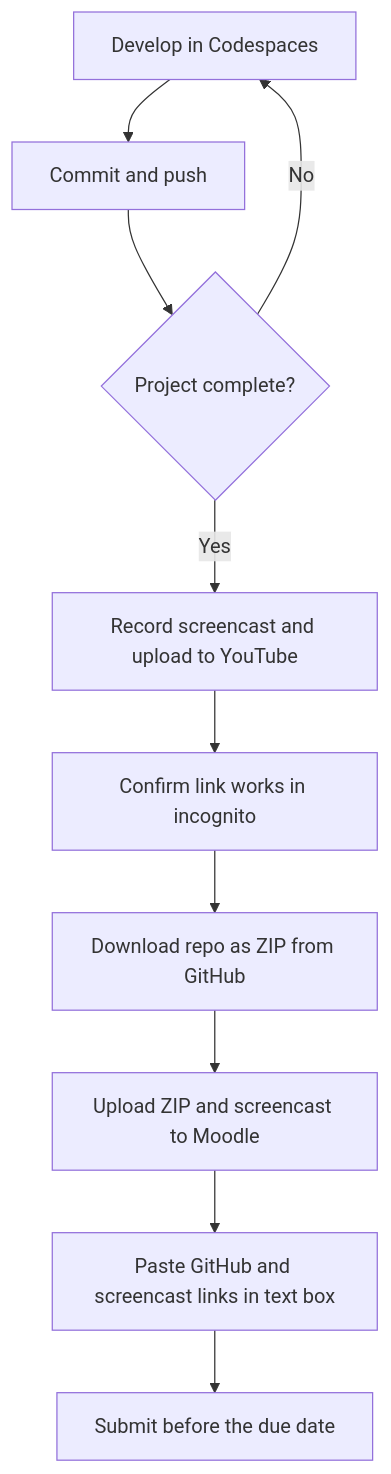
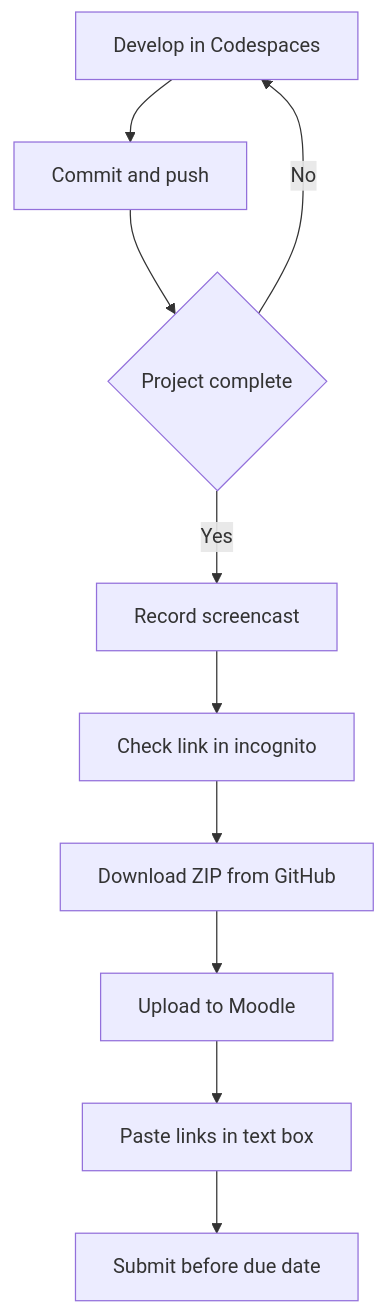
Before and after one commit to DanielCreggOrganization/aooc-project-template: the second of 2 diagrams in project-brief.md, drawn with Mermaid. The commit also changed other lines of this file, not shown here.

Commit message:
Refactor mermaid diagrams for improved clarity and consistency in project brief

````diff
--- a/project-brief.md
+++ b/project-brief.md
@@ -130,12 +125,12 @@
 ```mermaid
 graph TD
     A[Develop in Codespaces] --> B[Commit and push]
-    B --> C{Project complete?}
+    B --> C{Project complete}
     C -->|No| A
-    C -->|Yes| D[Record screencast and upload to YouTube]
-    D --> E[Confirm link works in incognito]
-    E --> F[Download repo as ZIP from GitHub]
-    F --> G[Upload ZIP and screencast to Moodle]
-    G --> H[Paste GitHub and screencast links in text box]
-    H --> I[Submit before the due date]
+    C -->|Yes| D[Record screencast]
+    D --> E[Check link in incognito]
+    E --> F[Download ZIP from GitHub]
+    F --> G[Upload to Moodle]
+    G --> H[Paste links in text box]
+    H --> I[Submit before due date]
 ```
````
